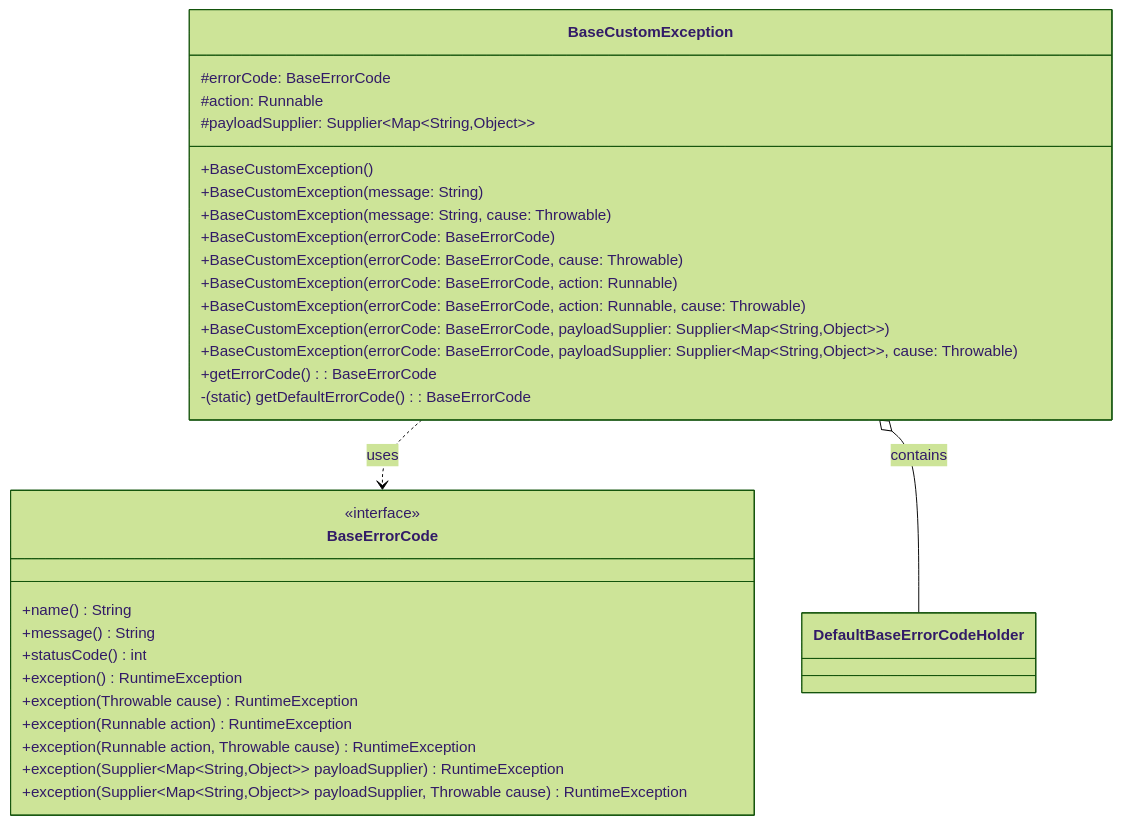
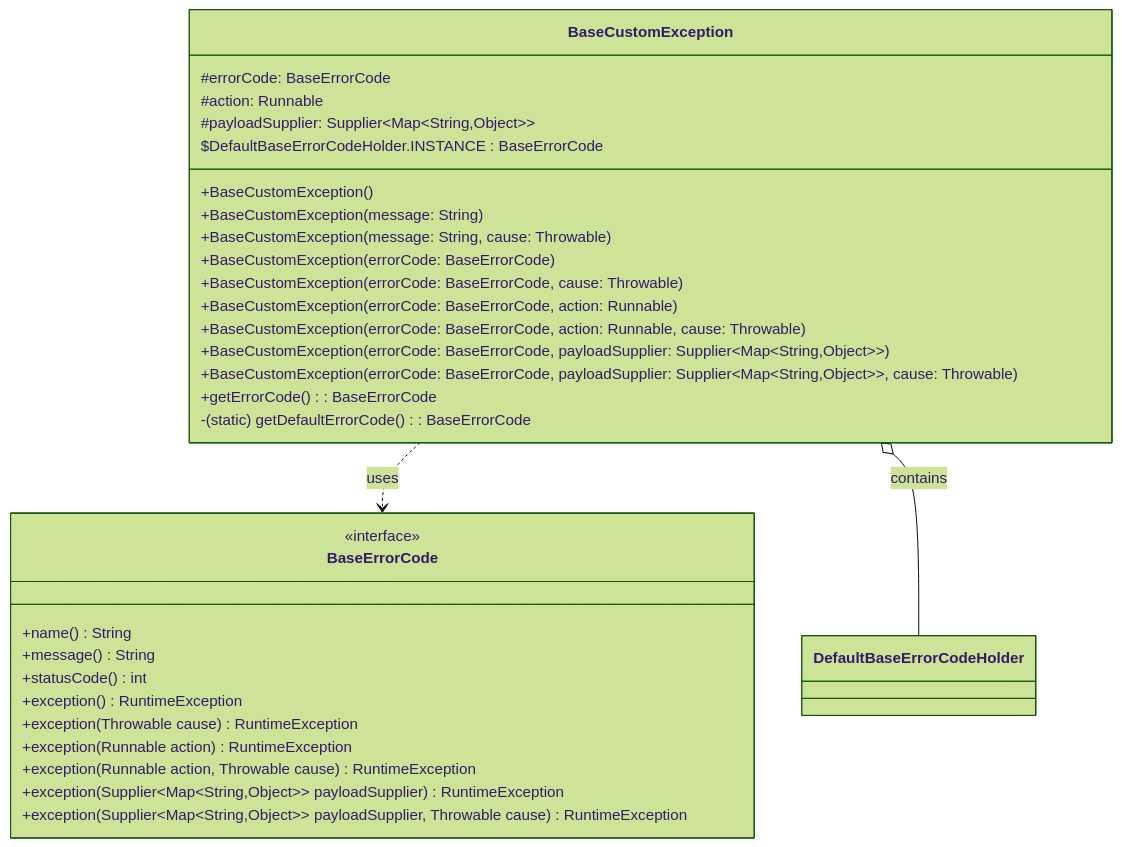
One commit to merge-simpson/letsdev-error-code-api changed the second of 3 diagrams in README.md. Above: the diagram before and after it, drawn with Mermaid.

Commit message:
docs(readme): keep editing (express an inner class like a field)

````diff
--- a/README.md
+++ b/README.md
@@ -50,45 +50,46 @@
 ```mermaid
 %%{init: {"theme": "forest", "themeVariables": {"fontFamily": "Comic Sans MS"}}}%%
 classDiagram
 %% 클래스 목록
     class BaseErrorCode {
         <<interface>>
         +name() String
         +message() String
         +statusCode() int
         +exception() RuntimeException
         +exception(Throwable cause) RuntimeException
         +exception(Runnable action) RuntimeException
         +exception(Runnable action, Throwable cause) RuntimeException
         +exception(Supplier&lt;Map&lt;String,Object>> payloadSupplier) RuntimeException
         +exception(Supplier&lt;Map&lt;String,Object>> payloadSupplier, Throwable cause) RuntimeException
     }
 
     class BaseCustomException {
         #errorCode: BaseErrorCode
         #action: Runnable
         #payloadSupplier: Supplier&lt;Map&lt;String,Object>>
+        $DefaultBaseErrorCodeHolder.INSTANCE : BaseErrorCode
         
         +BaseCustomException()
         +BaseCustomException(message: String)
         +BaseCustomException(message: String, cause: Throwable)
         +BaseCustomException(errorCode: BaseErrorCode)
         +BaseCustomException(errorCode: BaseErrorCode, cause: Throwable)
         +BaseCustomException(errorCode: BaseErrorCode, action: Runnable)
         +BaseCustomException(errorCode: BaseErrorCode, action: Runnable, cause: Throwable)
         +BaseCustomException(errorCode: BaseErrorCode, payloadSupplier: Supplier&lt;Map&lt;String,Object>>)
         +BaseCustomException(errorCode: BaseErrorCode, payloadSupplier: Supplier&lt;Map&lt;String,Object>>, cause: Throwable)
         
         +getErrorCode() : BaseErrorCode
         -(static) getDefaultErrorCode() : BaseErrorCode
     }
 
 %%    class DefaultBaseErrorCodeHolder {
 %%        <<private>>
 %%        -INSTANCE : BaseErrorCode
 %%    }
 
 %% 관계 표현
     BaseCustomException ..> BaseErrorCode : uses
     BaseCustomException o-- DefaultBaseErrorCodeHolder : contains
 ```
````
